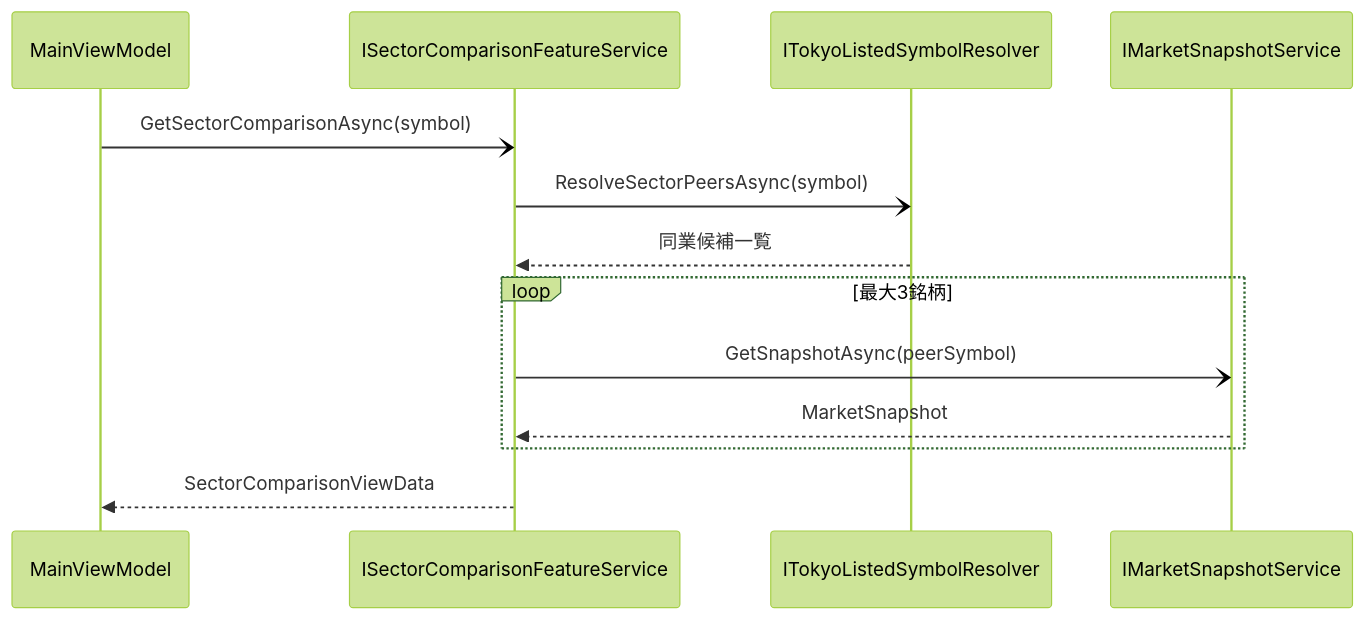
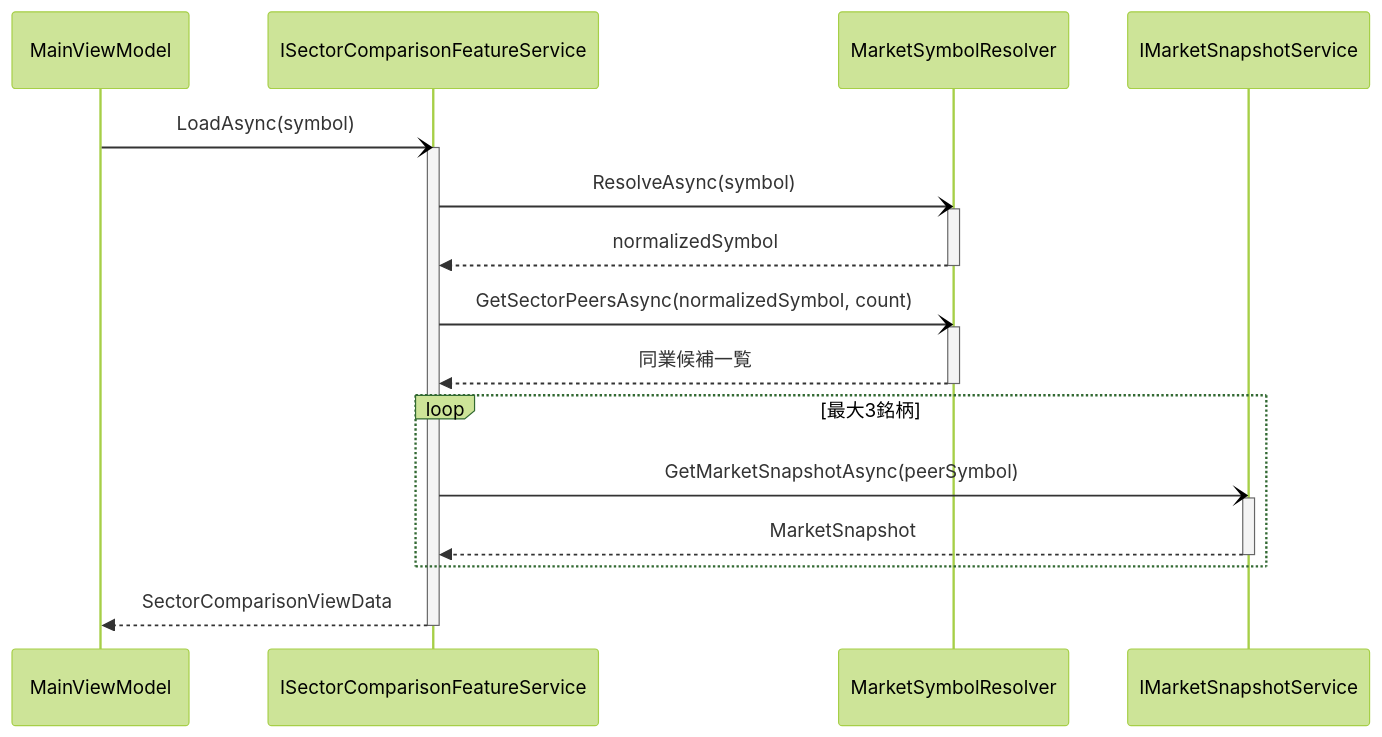
Diagram 18 of 29 in docs/DESIGN.md (yankee2023/market_monitor), drawn with Mermaid (forest theme) before and after one commit. The commit also changed other lines of this file and 9 other files, not shown here.

````diff
--- a/docs/DESIGN.md
+++ b/docs/DESIGN.md
@@ -711,16 +930,26 @@
 ```mermaid
 sequenceDiagram
     participant VM as MainViewModel
     participant Feature as ISectorComparisonFeatureService
-    participant Resolver as ITokyoListedSymbolResolver
+    participant Resolver as MarketSymbolResolver
     participant Snapshot as IMarketSnapshotService
 
-    VM-)Feature: GetSectorComparisonAsync(symbol)
-    Feature-)Resolver: ResolveSectorPeersAsync(symbol)
+    VM-)Feature: LoadAsync(symbol)
+    activate Feature
+    Feature-)Resolver: ResolveAsync(symbol)
+    activate Resolver
+    Resolver-->>Feature: normalizedSymbol
+    deactivate Resolver
+    Feature-)Resolver: GetSectorPeersAsync(normalizedSymbol, count)
+    activate Resolver
     Resolver-->>Feature: 同業候補一覧
+    deactivate Resolver
     loop 最大3銘柄
-        Feature-)Snapshot: GetSnapshotAsync(peerSymbol)
+        Feature-)Snapshot: GetMarketSnapshotAsync(peerSymbol)
+        activate Snapshot
         Snapshot-->>Feature: MarketSnapshot
+        deactivate Snapshot
     end
     Feature-->>VM: SectorComparisonViewData
+    deactivate Feature
 ```
````
